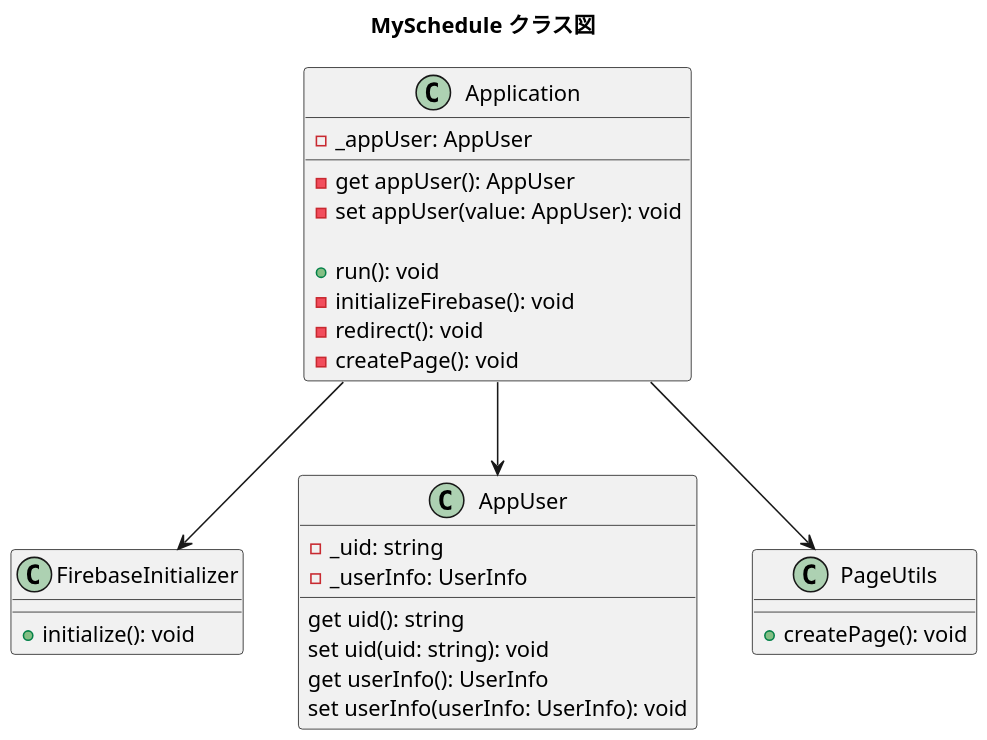
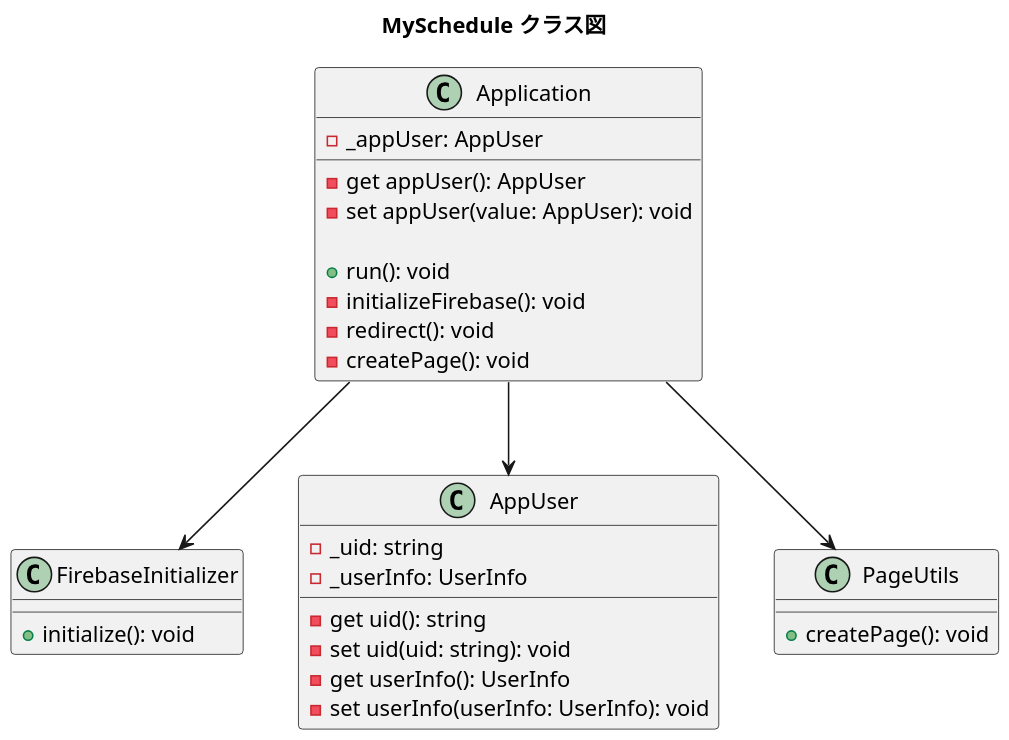
One commit to CA01971172/MySchedule changed the diagram in classUML.pu. Above: the diagram before and after it, drawn with PlantUML. The commit also changed 1 other file, not shown here.

```diff
--- a/classUML.pu
+++ b/classUML.pu
@@ -1,39 +1,39 @@
 @startuml MySchedule
 title MySchedule クラス図
 skinparam dpi 150
 
 class Application {
   - _appUser: AppUser
 
   - get appUser(): AppUser
   - set appUser(value: AppUser): void
 
   + run(): void
   - initializeFirebase(): void
   - redirect(): void
   - createPage(): void
 }
 
 class FirebaseInitializer {
   + initialize(): void
 }
 
 class AppUser {
     - _uid: string
     - _userInfo: UserInfo
 
-    get uid(): string
-    set uid(uid: string): void
-    get userInfo(): UserInfo
-    set userInfo(userInfo: UserInfo): void
+    - get uid(): string
+    - set uid(uid: string): void
+    - get userInfo(): UserInfo
+    - set userInfo(userInfo: UserInfo): void
 }
 
 class PageUtils {
   + createPage(): void
 }
 
 Application --> FirebaseInitializer
 Application --> AppUser
 Application --> PageUtils
 
 @enduml
```
